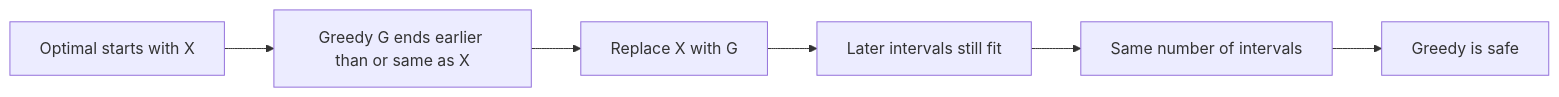
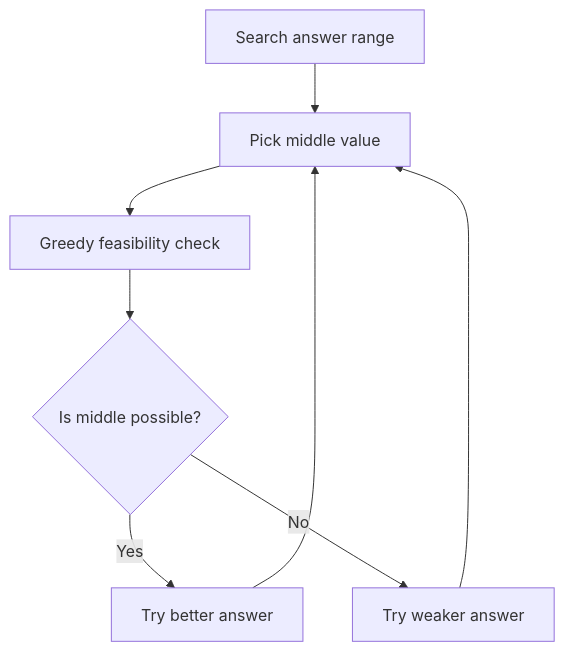
Before and after one commit to mthaiseer/springcloud-systemdesign-notes: diagram 16 of 22 in CP_DSA_NOTES/CONCEPT_FRAMEWORK_FORMS_TATICS/010_GREEDY_CFFT.md, drawn with Mermaid. The commit also changed other lines of this file and 1 other file, not shown here.

````diff
--- a/CP_DSA_NOTES/CONCEPT_FRAMEWORK_FORMS_TATICS/010_GREEDY_CFFT.md
+++ b/CP_DSA_NOTES/CONCEPT_FRAMEWORK_FORMS_TATICS/010_GREEDY_CFFT.md
@@ -808,8 +1057,10 @@
 ```mermaid
-flowchart LR
-    A[Optimal starts with X] --> B[Greedy G ends earlier than or same as X]
-    B --> C[Replace X with G]
-    C --> D[Later intervals still fit]
-    D --> E[Same number of intervals]
-    E --> F[Greedy is safe]
+flowchart TD
+    A[Search answer range] --> B[Pick middle value]
+    B --> C[Greedy feasibility check]
+    C --> D{Is middle possible?}
+    D -->|Yes| E[Try better answer]
+    D -->|No| F[Try weaker answer]
+    E --> B
+    F --> B
 ```
````
